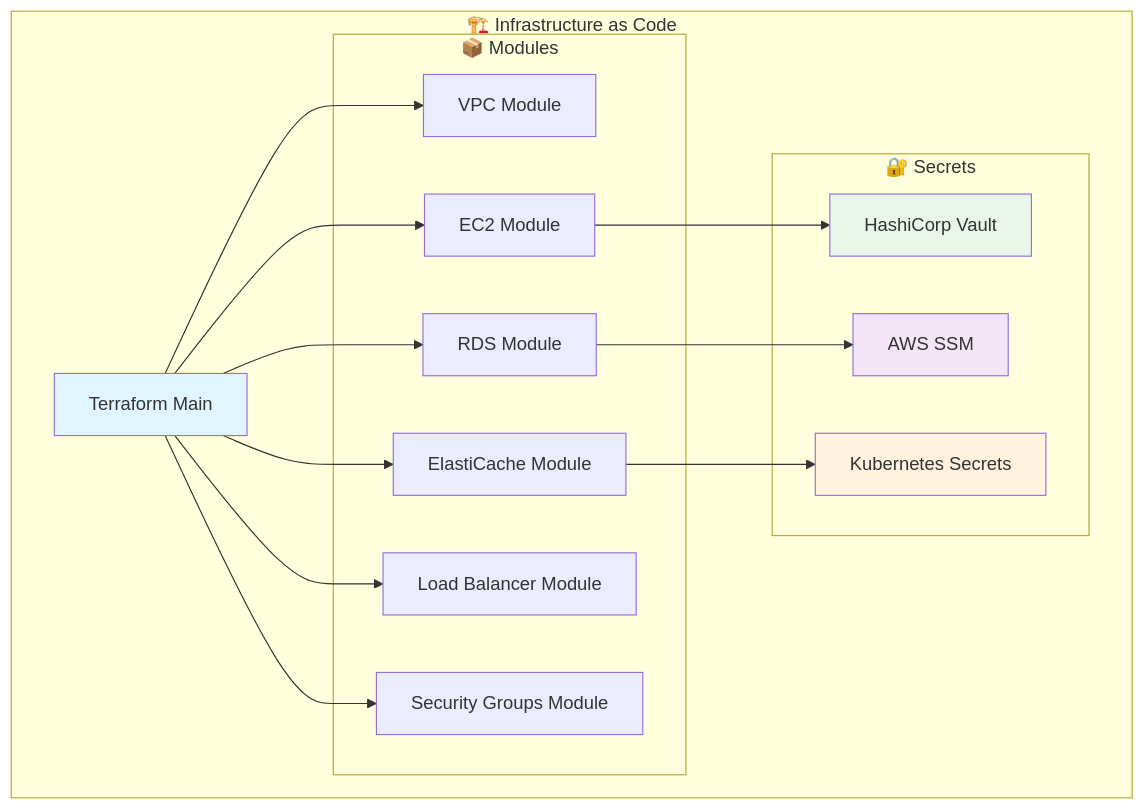
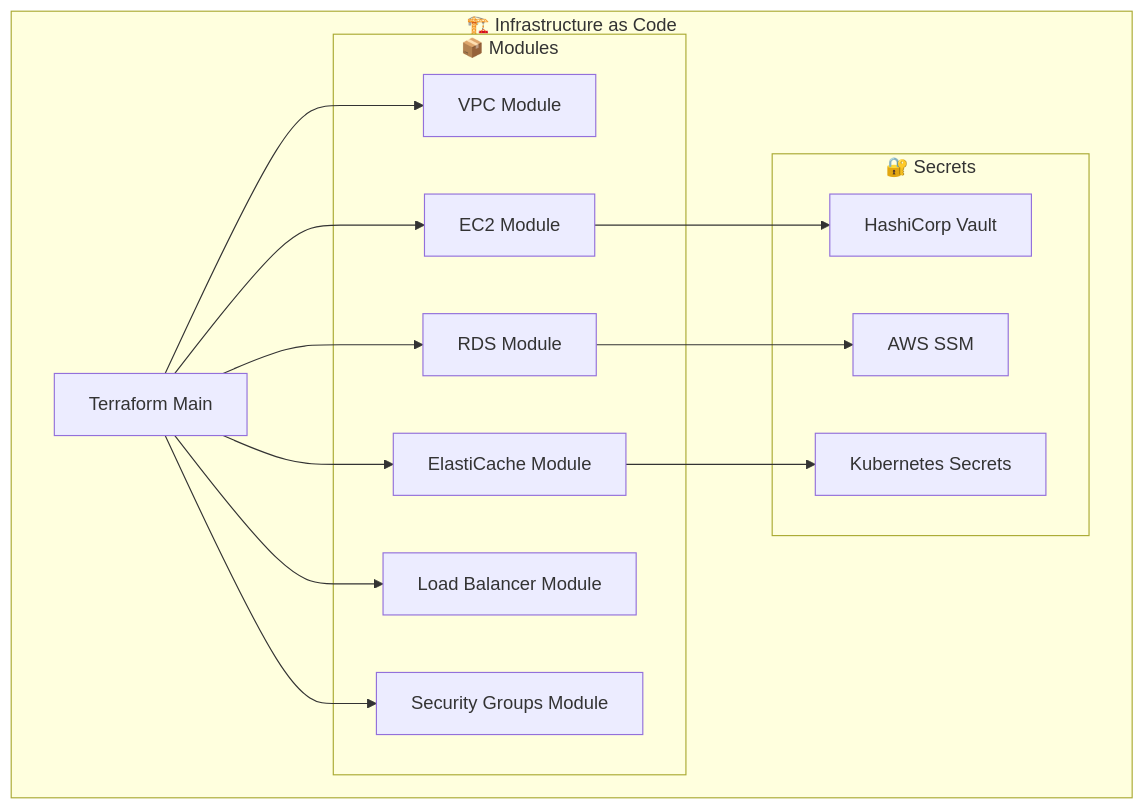
The sixth of 10 diagrams in docs/DEPLOYMENT.md (neKamita/Mirza-Telegram-Shop-Bot), drawn with Mermaid before and after one commit. The commit also changed other lines of this file and 2 other files, not shown here.

````diff
--- a/docs/DEPLOYMENT.md
+++ b/docs/DEPLOYMENT.md
@@ -233,37 +218,33 @@
 ```mermaid
 graph TD
     subgraph "🏗️ Infrastructure as Code"
         TF[Terraform Main]
         
         subgraph "📦 Modules"
             VPC[VPC Module]
             EC2[EC2 Module]
             RDS[RDS Module]
             REDIS[ElastiCache Module]
             LB[Load Balancer Module]
             SEC[Security Groups Module]
         end
         
         subgraph "🔐 Secrets"
             VAULT[HashiCorp Vault]
             SSM[AWS SSM]
             K8S_SEC[Kubernetes Secrets]
         end
     end
     
     TF --> VPC
     TF --> EC2
     TF --> RDS
     TF --> REDIS
     TF --> LB
     TF --> SEC
     
     EC2 --> VAULT
     RDS --> SSM
     REDIS --> K8S_SEC
     
-    style TF fill:#e1f5fe
-    style VAULT fill:#e8f5e8
-    style SSM fill:#f3e5f5
-    style K8S_SEC fill:#fff3e0
 ```
````
